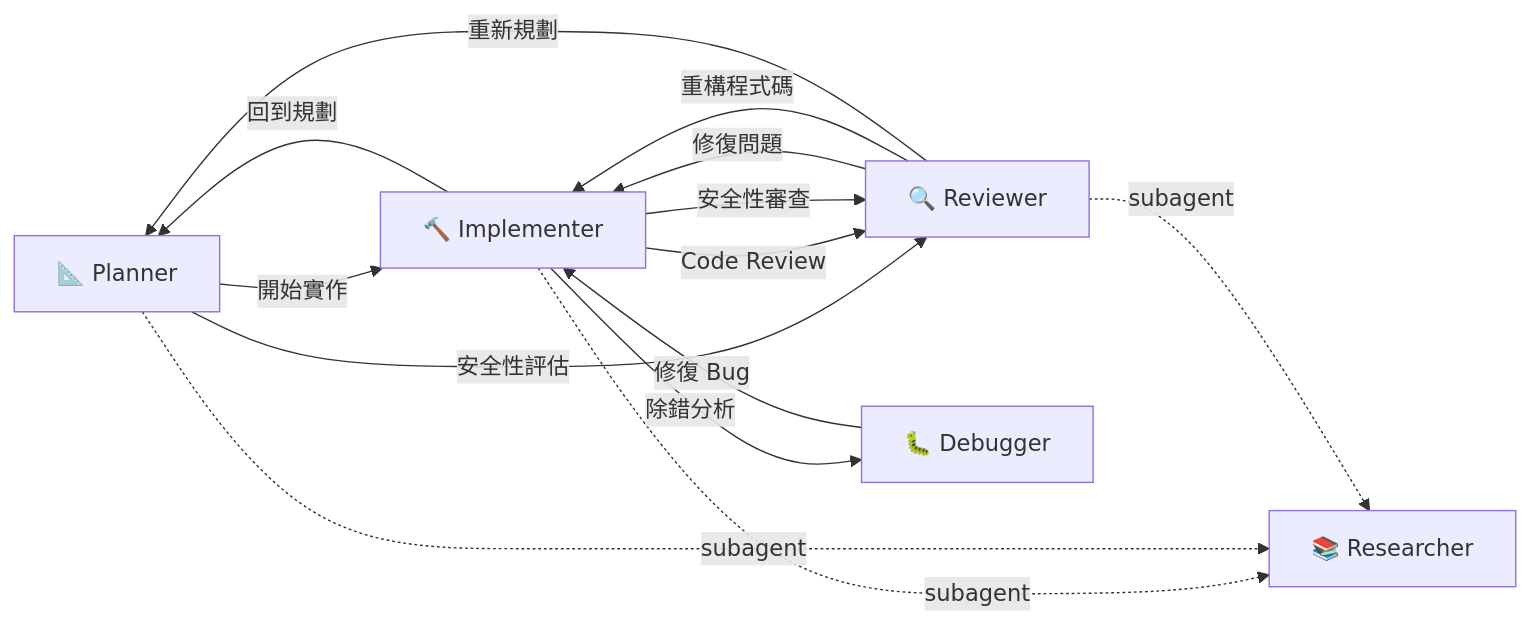
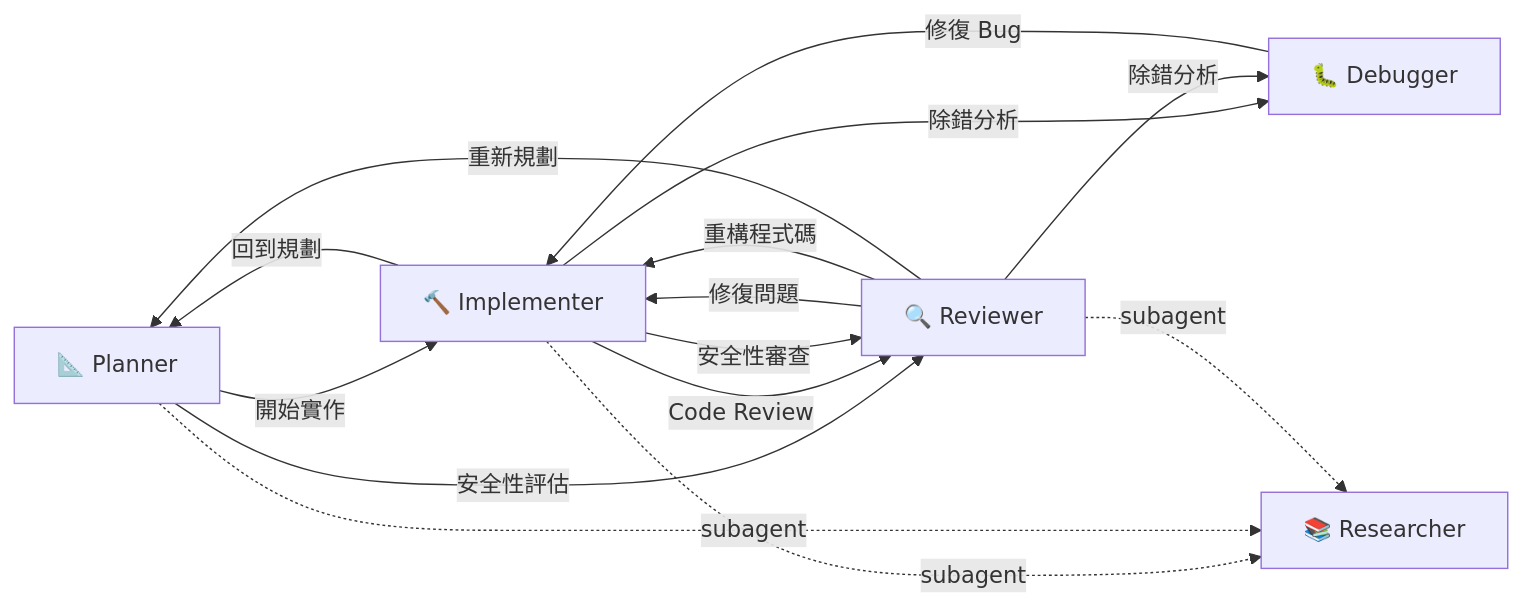
One commit to zexion7873/copilot-setting changed the second of 2 diagrams in README.zh-TW.md. Above: the diagram before and after it, drawn with Mermaid. The commit also changed 2 other files, not shown here.

Commit message:
feat(reviewer): add handoff to debugger for root-cause analysis
When a review surfaces a bug whose root cause is unclear, the reviewer
previously had no one-click path to the debugger — users had to invoke
@debugger manually. Reviewers find problems but are read-only and don't
do root-cause isolation, so this gap forced either a premature fix
(symptom-level) or a manual context switch.

Adds the "除錯分析" handoff button to reviewer, the matching Handoff
Guidance bullet, and the Reviewer→Debugger edge in both README mermaid
diagrams so the docs stay aligned with the real buttons.

````diff
--- a/README.zh-TW.md
+++ b/README.zh-TW.md
@@ -129,20 +129,21 @@
 ```mermaid
 flowchart LR
     Planner["📐 Planner"] -->|"開始實作"| Implementer
     Planner -->|"安全性評估"| Reviewer
 
     Implementer["🔨 Implementer"] -->|"Code Review"| Reviewer
     Implementer -->|"安全性審查"| Reviewer
     Implementer -->|"除錯分析"| Debugger
     Implementer -->|"回到規劃"| Planner
 
     Reviewer["🔍 Reviewer"] -->|"修復問題"| Implementer
     Reviewer -->|"重構程式碼"| Implementer
+    Reviewer -->|"除錯分析"| Debugger
     Reviewer -->|"重新規劃"| Planner
 
     Debugger["🐛 Debugger"] -->|"修復 Bug"| Implementer
 
     Implementer -.->|"subagent"| Researcher["📚 Researcher"]
     Planner -.->|"subagent"| Researcher
     Reviewer -.->|"subagent"| Researcher
 ```
````
